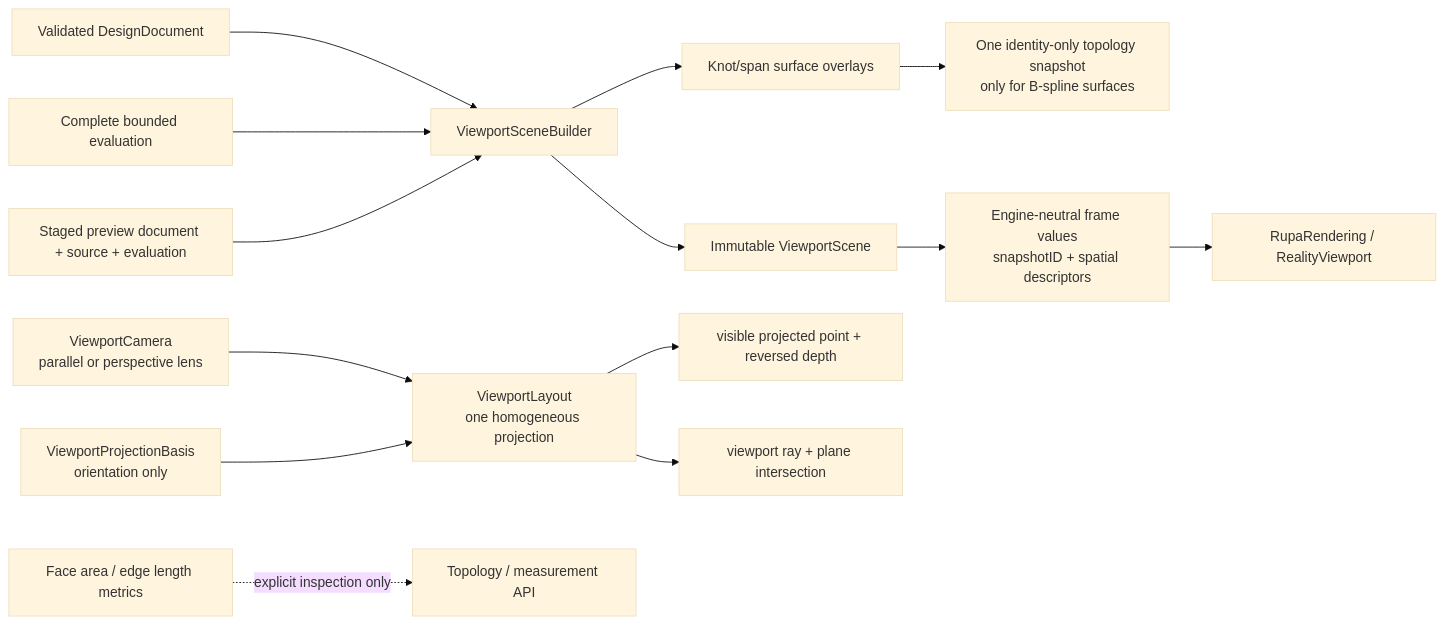
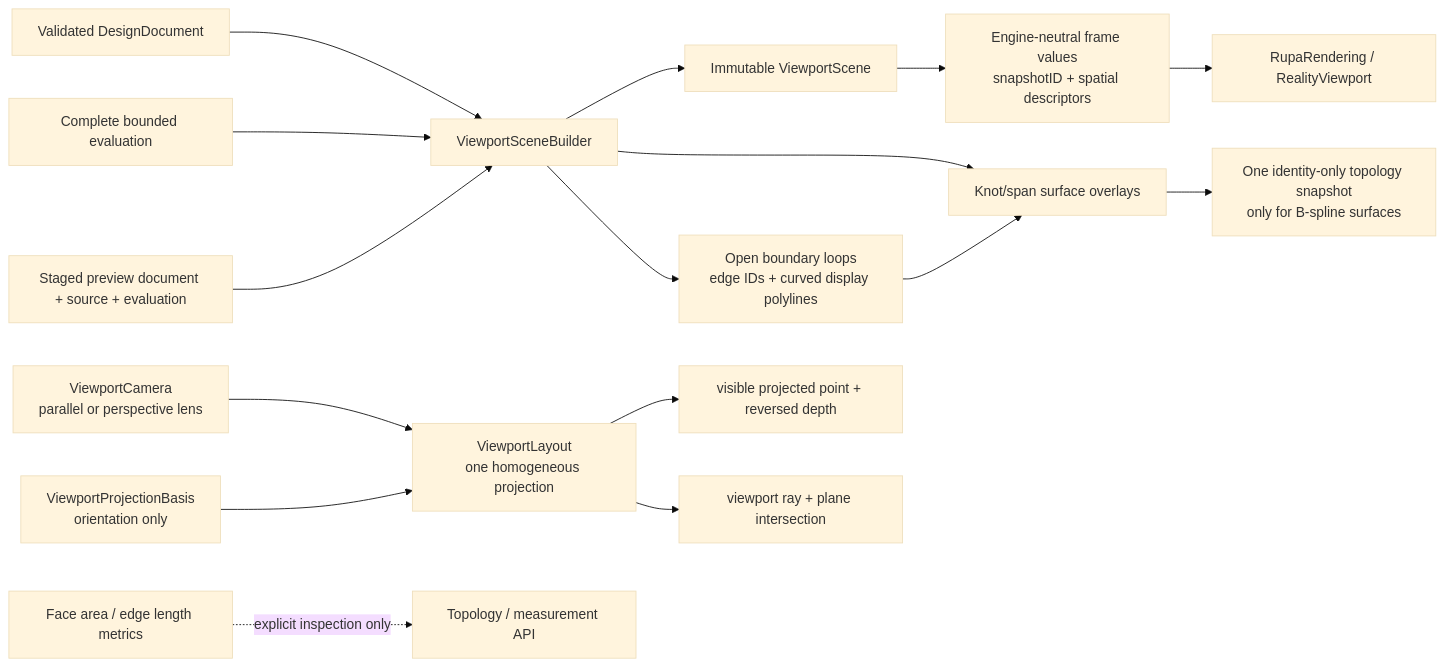
Before and after one commit to 1amageek/Rupa: the first of 2 diagrams in RupaKit/Sources/RupaViewportScene/DESIGN.md, drawn with Mermaid (base theme). The commit also changed other lines of this file and 18 other files, not shown here.

````diff
--- a/RupaKit/Sources/RupaViewportScene/DESIGN.md
+++ b/RupaKit/Sources/RupaViewportScene/DESIGN.md
@@ -64,16 +68,18 @@
 ```mermaid
 flowchart LR
     Source["Validated DesignDocument"] --> Builder["ViewportSceneBuilder"]
     Evaluation["Complete bounded evaluation"] --> Builder
     Preview["Staged preview document + source + evaluation"] --> Builder
     Builder --> Scene["Immutable ViewportScene"]
     Builder --> Overlay["Knot/span surface overlays"]
+  Builder --> BoundaryLoops["Open boundary loops\nedge IDs + curved display polylines"]
+    BoundaryLoops --> Overlay
     Overlay --> Identity["One identity-only topology snapshot\nonly for B-spline surfaces"]
     Scene --> Frame["Engine-neutral frame values\nsnapshotID + spatial descriptors"]
     Frame --> Rendering["RupaRendering / RealityViewport"]
     Camera["ViewportCamera\nparallel or perspective lens"] --> Layout["ViewportLayout\none homogeneous projection"]
     Basis["ViewportProjectionBasis\norientation only"] --> Layout
     Layout --> Screen["visible projected point + reversed depth"]
     Layout --> Ray["viewport ray + plane intersection"]
     Metrics["Face area / edge length metrics"] -. "explicit inspection only" .-> Inspection["Topology / measurement API"]
 ```
````
